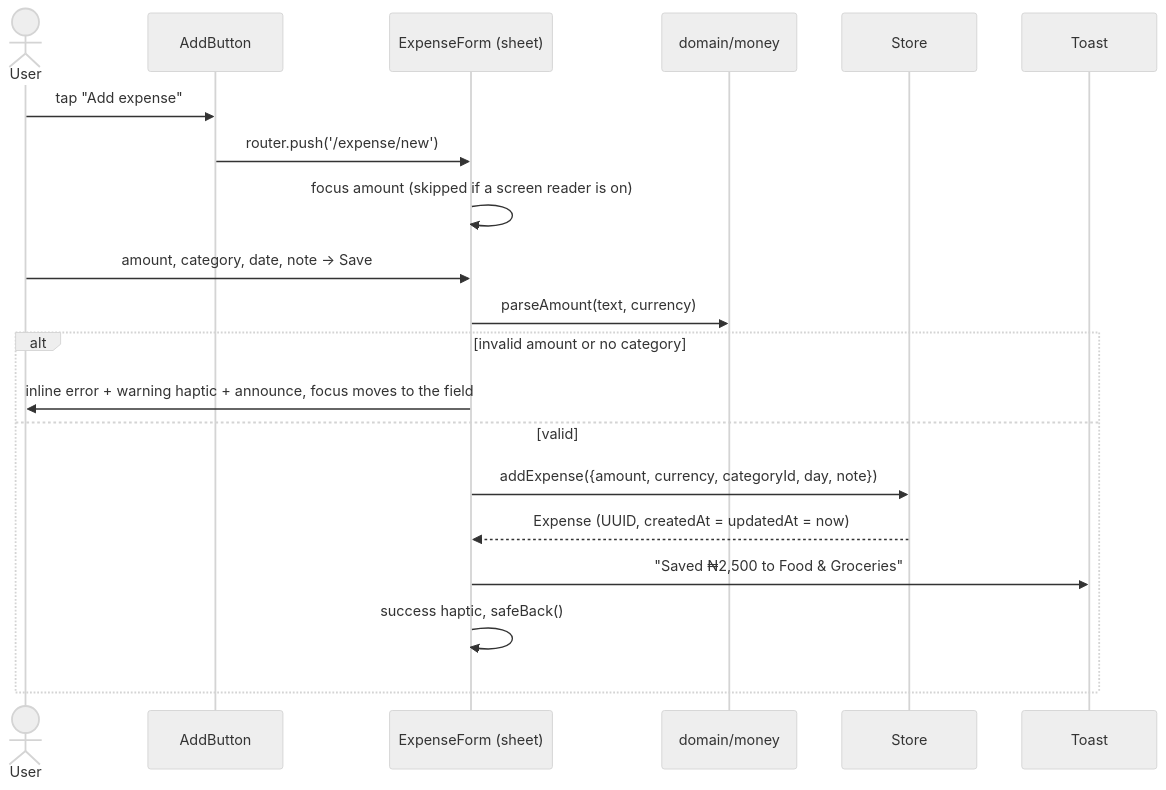
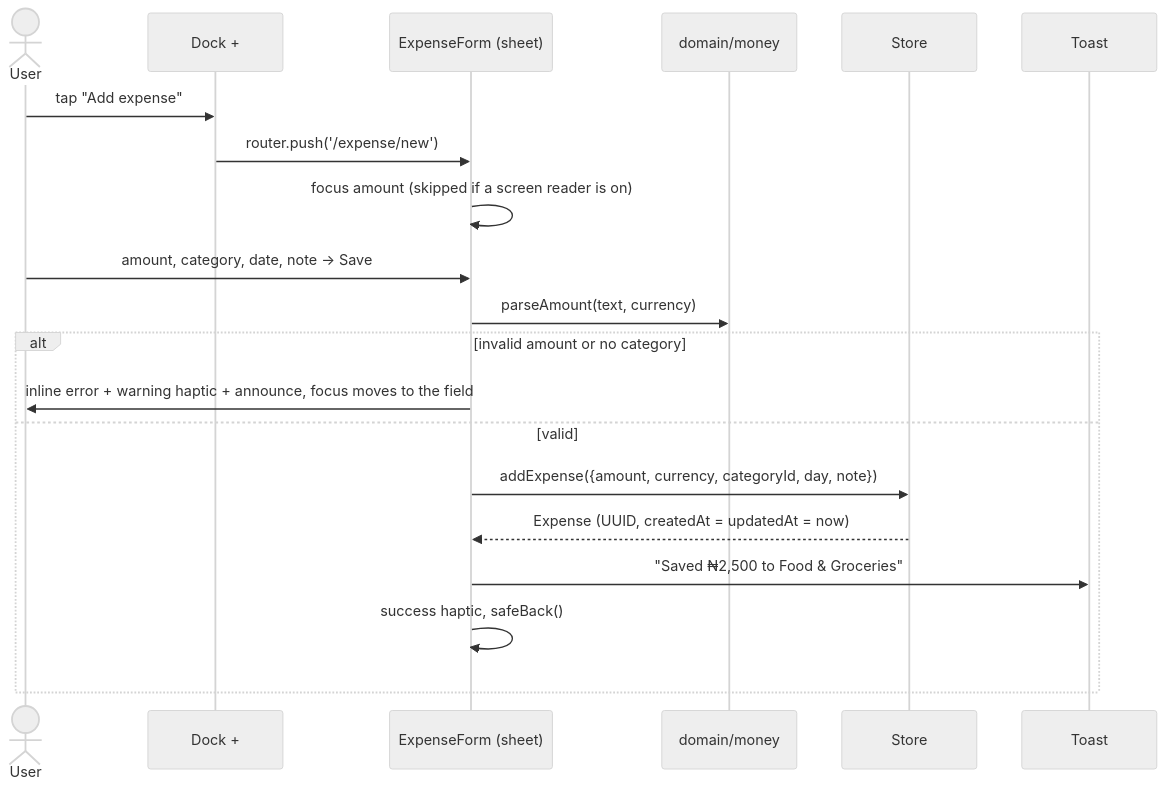
The fifth of 8 diagrams in docs/ARCHITECTURE.md (stdiohox/tito-expense-tracker), drawn with Mermaid (neutral theme) before and after one commit. The commit also changed other lines of this file and 2 other files, not shown here.

First line of the commit message:
docs: floating finance dock with the Add expense button at its centre

````diff
--- a/docs/ARCHITECTURE.md
+++ b/docs/ARCHITECTURE.md
@@ -427,22 +427,22 @@
 ```mermaid
 sequenceDiagram
   actor U as User
-  participant FAB as AddButton
+  participant FAB as Dock +
   participant F as ExpenseForm (sheet)
   participant D as domain/money
   participant S as Store
   participant T as Toast
   U->>FAB: tap "Add expense"
   FAB->>F: router.push('/expense/new')
   F->>F: focus amount (skipped if a screen reader is on)
   U->>F: amount, category, date, note → Save
   F->>D: parseAmount(text, currency)
   alt invalid amount or no category
     F->>U: inline error + warning haptic + announce, focus moves to the field
   else valid
     F->>S: addExpense({amount, currency, categoryId, day, note})
     S-->>F: Expense (UUID, createdAt = updatedAt = now)
     F->>T: "Saved ₦2,500 to Food & Groceries"
     F->>F: success haptic, safeBack()
   end
 ```
````
